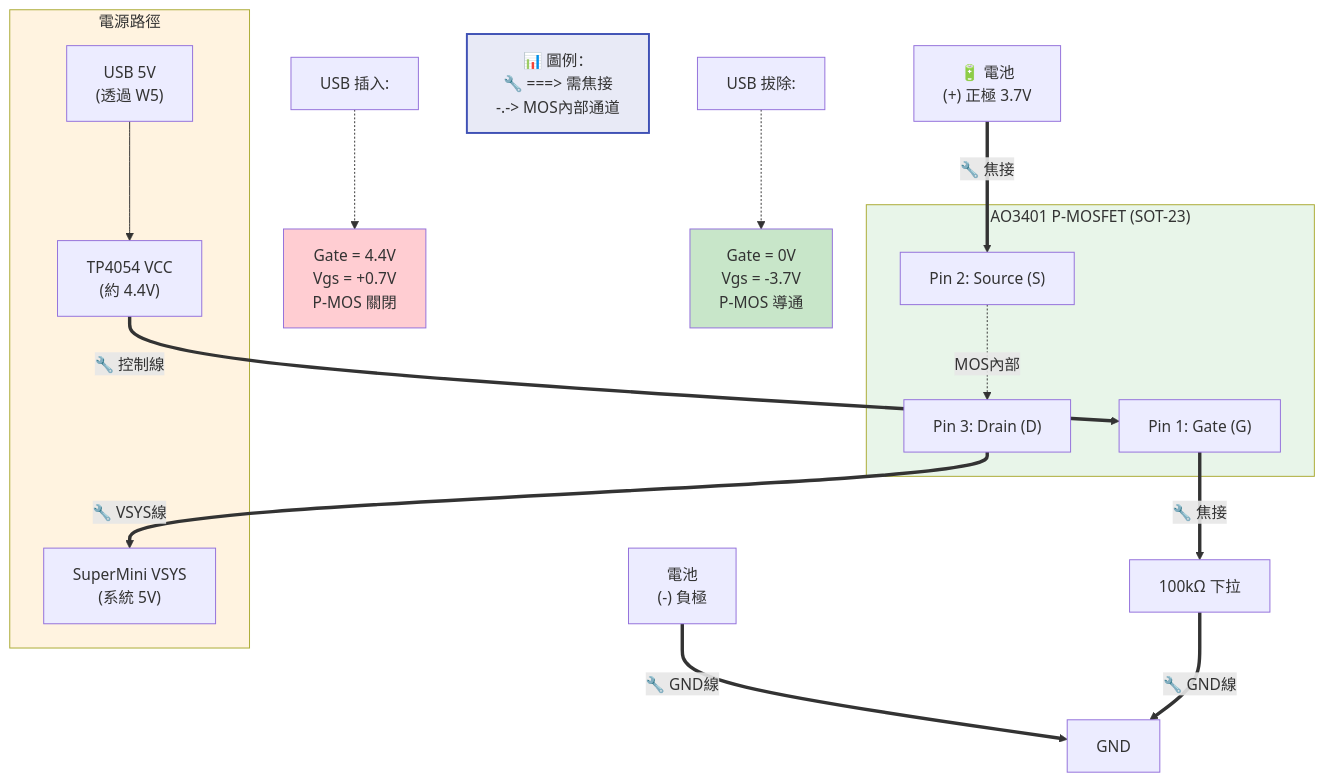
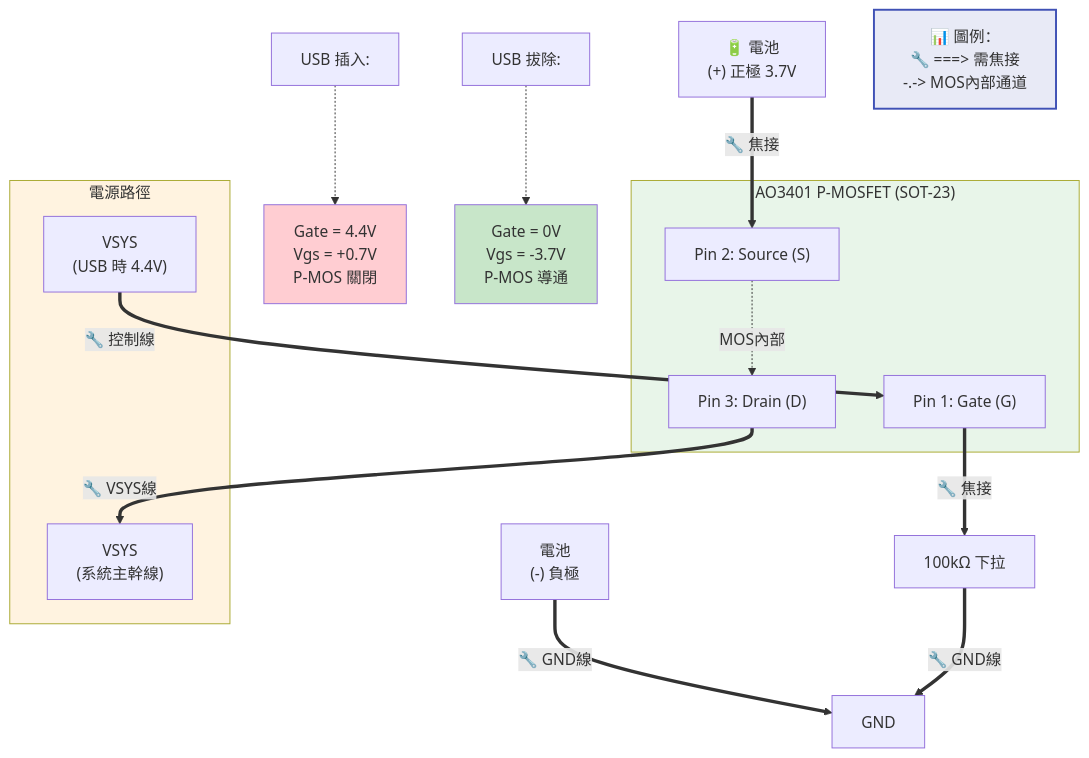
Before and after one commit to DanielYJHsieh/esp32c3: the fourth of 6 diagrams in battery_management/hardware/WIRING_DIAGRAM.md, drawn with Mermaid. The commit also changed other lines of this file and 4 other files, not shown here.

````diff
--- a/battery_management/hardware/WIRING_DIAGRAM.md
+++ b/battery_management/hardware/WIRING_DIAGRAM.md
@@ -356,35 +358,33 @@
 ```mermaid
 graph TB
     subgraph POWER_PATH["電源路徑"]
-        USB5V["USB 5V<br/>(透過 W5)"] 
-        TP4054_VCC["TP4054 VCC<br/>(約 4.4V)"]
-        VSYS["SuperMini VSYS<br/>(系統 5V)"]
+        VSYS_USB["VSYS<br/>(USB 時 4.4V)"] 
+        VSYS_SYS["VSYS<br/>(系統主幹線)"]
     end
     
     subgraph AO3401["AO3401 P-MOSFET (SOT-23)"]
         GATE["Pin 1: Gate (G)"]
         SOURCE["Pin 2: Source (S)"]
         DRAIN["Pin 3: Drain (D)"]
     end
     
     BAT_P["🔋 電池<br/>(+) 正極 3.7V"] ==>|"🔧 焦接"| SOURCE
     BAT_N["電池<br/>(-) 負極"] ==>|"🔧 GND線"| GND2
     SOURCE -.->|MOS內部| DRAIN
-    DRAIN ==>|"🔧 VSYS線"| VSYS
+    DRAIN ==>|"🔧 VSYS線"| VSYS_SYS
     
-    USB5V --> TP4054_VCC
-    TP4054_VCC ==>|"🔧 控制線"| GATE
+    VSYS_USB ==>|"🔧 控制線"| GATE
     GATE ==>|"🔧 焦接"| R_GATE["100kΩ 下拉"]
     R_GATE ==>|"🔧 GND線"| GND2["GND"]
     
     USB_ON["USB 插入:"] -.-> STATE1["Gate = 4.4V<br/>Vgs = +0.7V<br/>P-MOS 關閉"]
     USB_OFF["USB 拔除:"] -.-> STATE2["Gate = 0V<br/>Vgs = -3.7V<br/>P-MOS 導通"]
     
     LEGEND["📊 圖例：<br/>🔧 ===> 需焦接<br/>-.-> MOS內部通道"]:::legendStyle
     
     classDef legendStyle fill:#e8eaf6,stroke:#3f51b5,stroke-width:2px
     style AO3401 fill:#e8f5e9
     style POWER_PATH fill:#fff3e0
     style STATE1 fill:#ffcdd2
     style STATE2 fill:#c8e6c9
 ```
````
